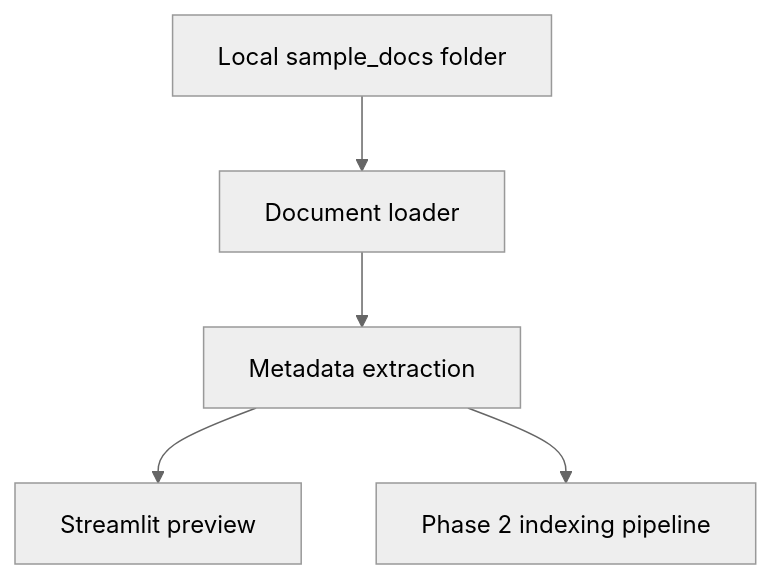
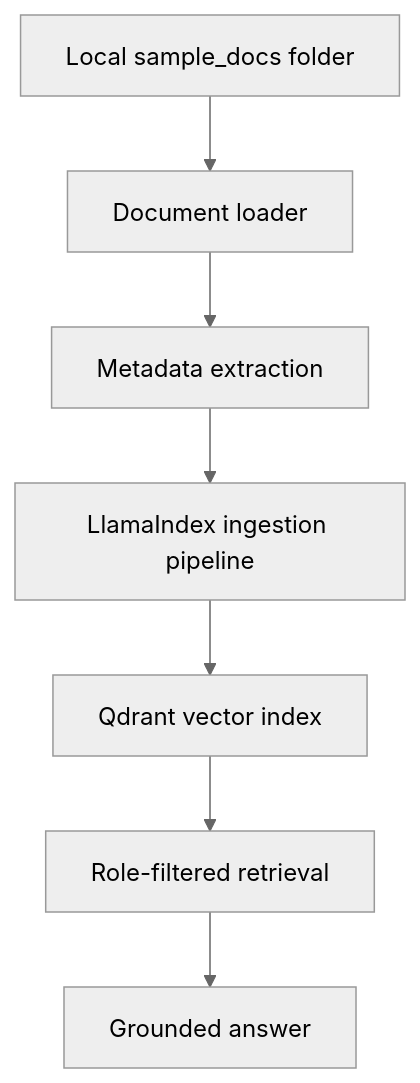
The diagram in README.md (YLLL0802/local-folder-knowledge-copilot), drawn with Mermaid (neutral theme) before and after one commit. The commit also changed other lines of this file and 7 other files, not shown here.

````diff
--- a/README.md
+++ b/README.md
@@ -23,7 +24,9 @@
 ```mermaid
 flowchart TD
     DOCS["Local sample_docs folder"] --> LOAD["Document loader"]
     LOAD --> META["Metadata extraction"]
-    META --> PREVIEW["Streamlit preview"]
-    META --> NEXT["Phase 2 indexing pipeline"]
+    META --> INDEX["LlamaIndex ingestion pipeline"]
+    INDEX --> QDRANT["Qdrant vector index"]
+    QDRANT --> RET["Role-filtered retrieval"]
+    RET --> ANSWER["Grounded answer"]
 ```
````
